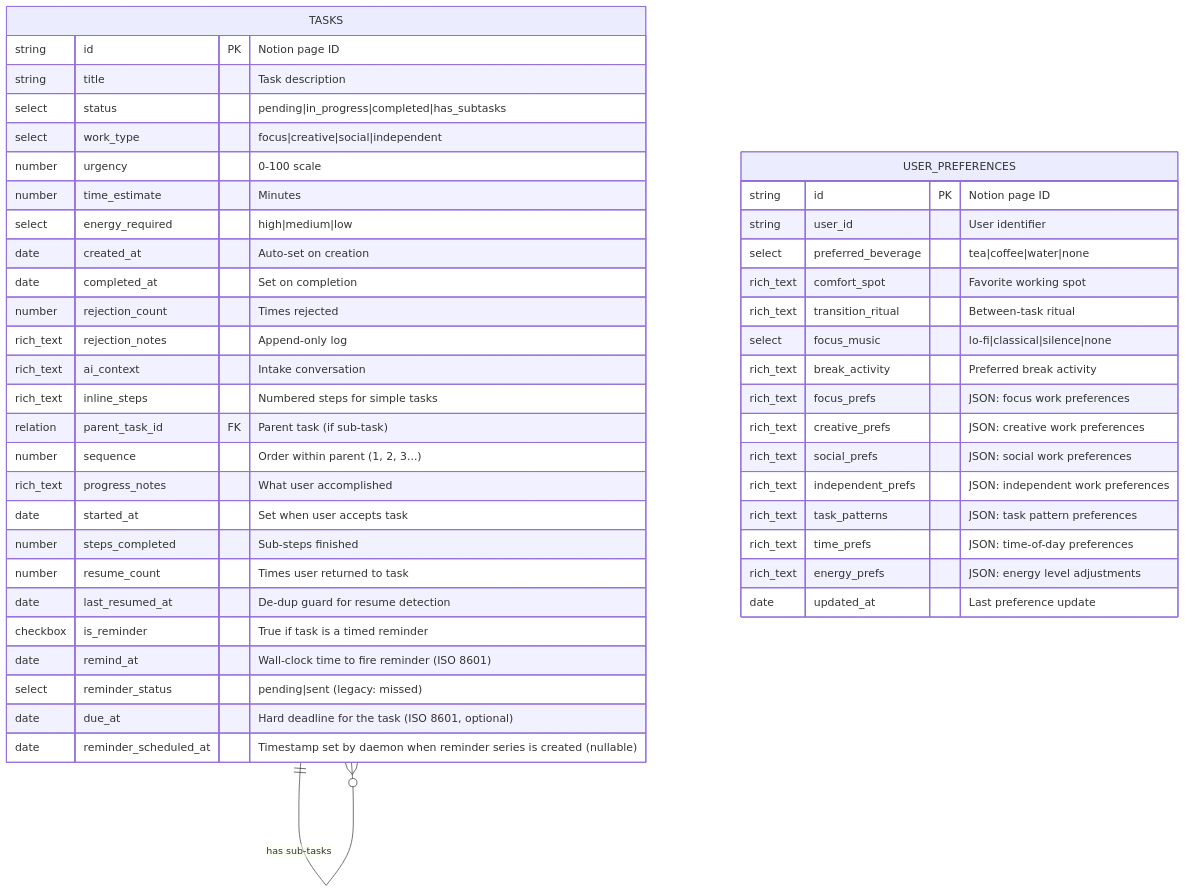
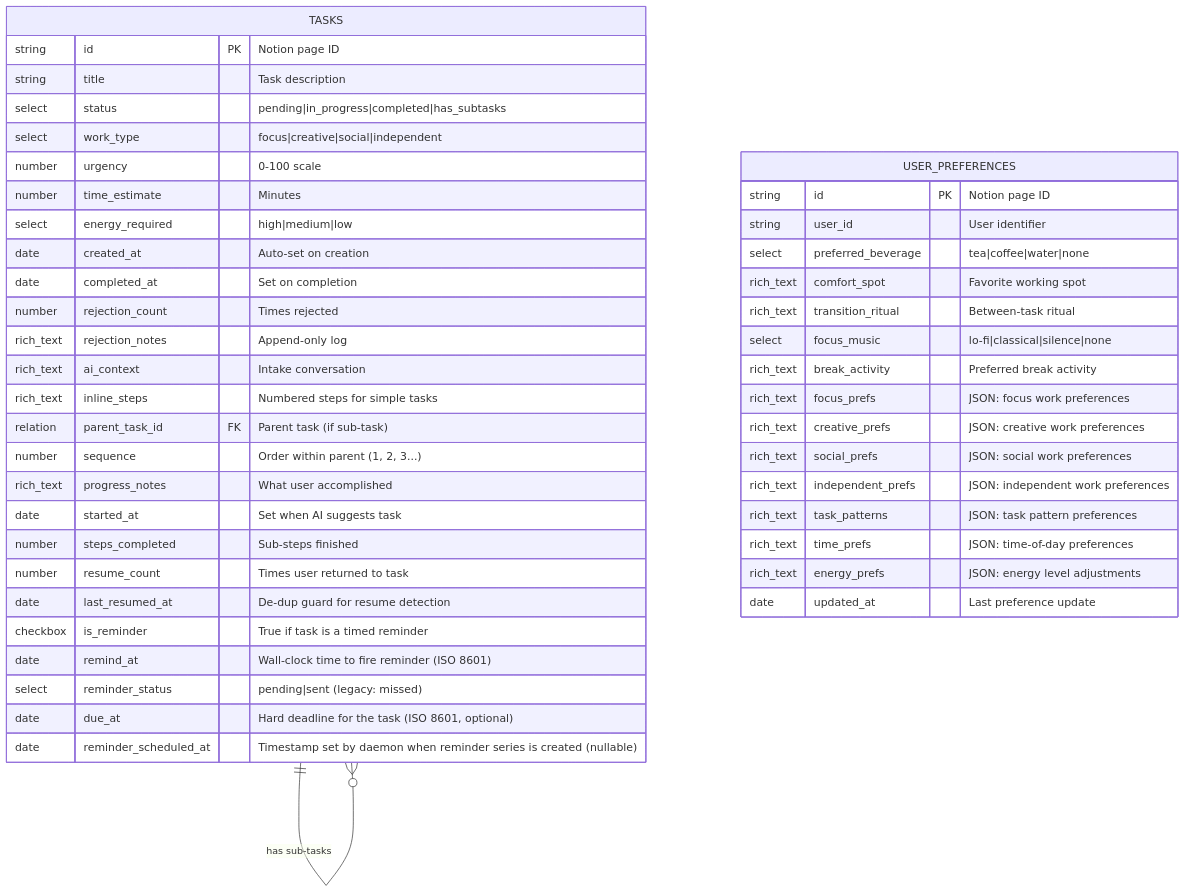
The first of 18 diagrams in docs/notion-schema.md (NickBorgersProbably/hide-my-list), drawn with Mermaid before and after one commit. The commit also changed other lines of this file and 16 other files, not shown here.

````diff
--- a/docs/notion-schema.md
+++ b/docs/notion-schema.md
@@ -37,50 +37,50 @@
 ```mermaid
 erDiagram
     TASKS {
         string id PK "Notion page ID"
         string title "Task description"
         select status "pending|in_progress|completed|has_subtasks"
         select work_type "focus|creative|social|independent"
         number urgency "0-100 scale"
         number time_estimate "Minutes"
         select energy_required "high|medium|low"
         date created_at "Auto-set on creation"
         date completed_at "Set on completion"
         number rejection_count "Times rejected"
         rich_text rejection_notes "Append-only log"
         rich_text ai_context "Intake conversation"
         rich_text inline_steps "Numbered steps for simple tasks"
         relation parent_task_id FK "Parent task (if sub-task)"
         number sequence "Order within parent (1, 2, 3...)"
         rich_text progress_notes "What user accomplished"
-        date started_at "Set when user accepts task"
+        date started_at "Set when AI suggests task"
         number steps_completed "Sub-steps finished"
         number resume_count "Times user returned to task"
         date last_resumed_at "De-dup guard for resume detection"
         checkbox is_reminder "True if task is a timed reminder"
         date remind_at "Wall-clock time to fire reminder (ISO 8601)"
         select reminder_status "pending|sent (legacy: missed)"
         date due_at "Hard deadline for the task (ISO 8601, optional)"
         date reminder_scheduled_at "Timestamp set by daemon when reminder series is created (nullable)"
     }
 
     USER_PREFERENCES {
         string id PK "Notion page ID"
         string user_id "User identifier"
         select preferred_beverage "tea|coffee|water|none"
         rich_text comfort_spot "Favorite working spot"
         rich_text transition_ritual "Between-task ritual"
         select focus_music "lo-fi|classical|silence|none"
         rich_text break_activity "Preferred break activity"
         rich_text focus_prefs "JSON: focus work preferences"
         rich_text creative_prefs "JSON: creative work preferences"
         rich_text social_prefs "JSON: social work preferences"
         rich_text independent_prefs "JSON: independent work preferences"
         rich_text task_patterns "JSON: task pattern preferences"
         rich_text time_prefs "JSON: time-of-day preferences"
         rich_text energy_prefs "JSON: energy level adjustments"
         date updated_at "Last preference update"
     }
 
     TASKS ||--o{ TASKS : "has sub-tasks"
 ```
````
